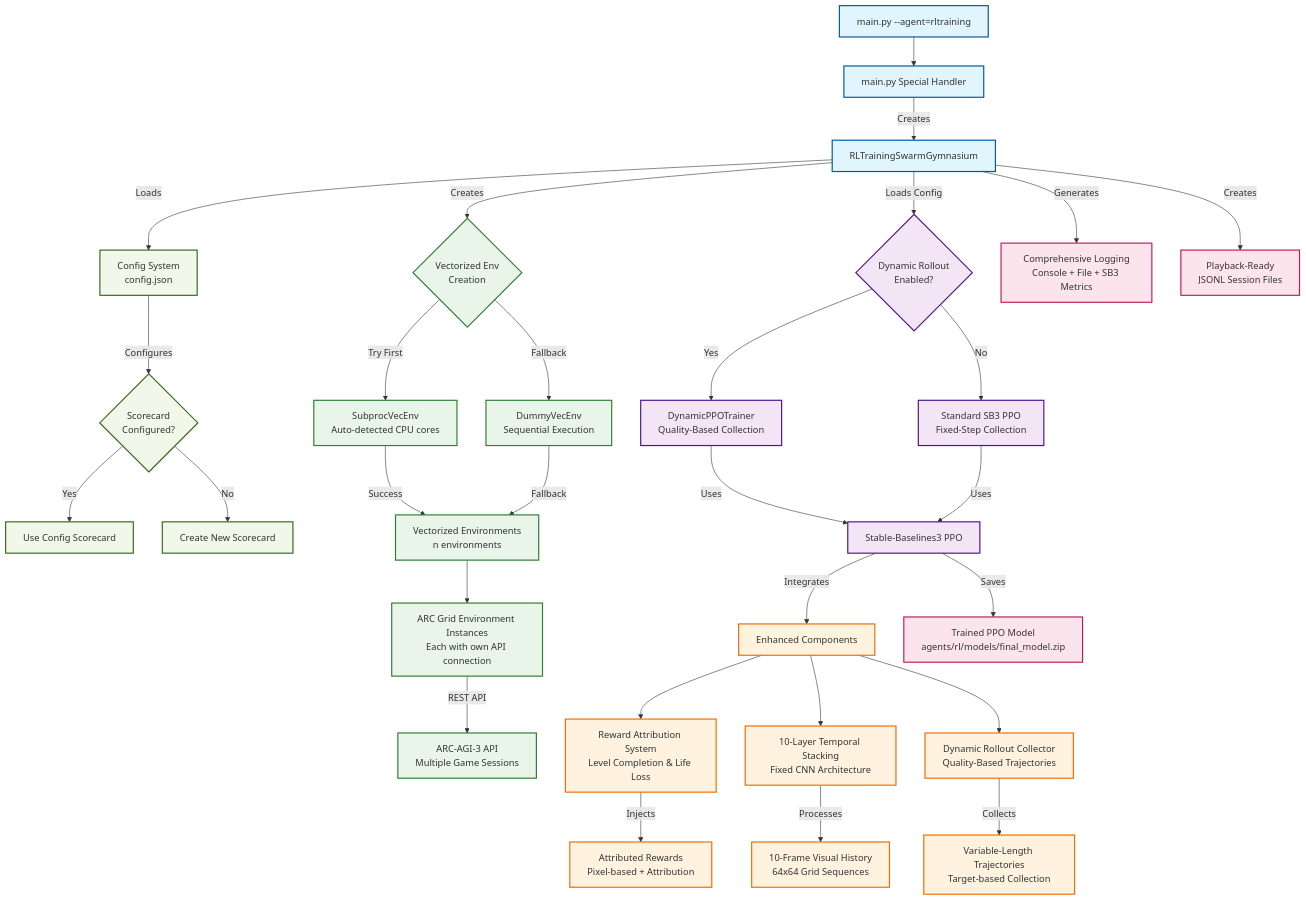
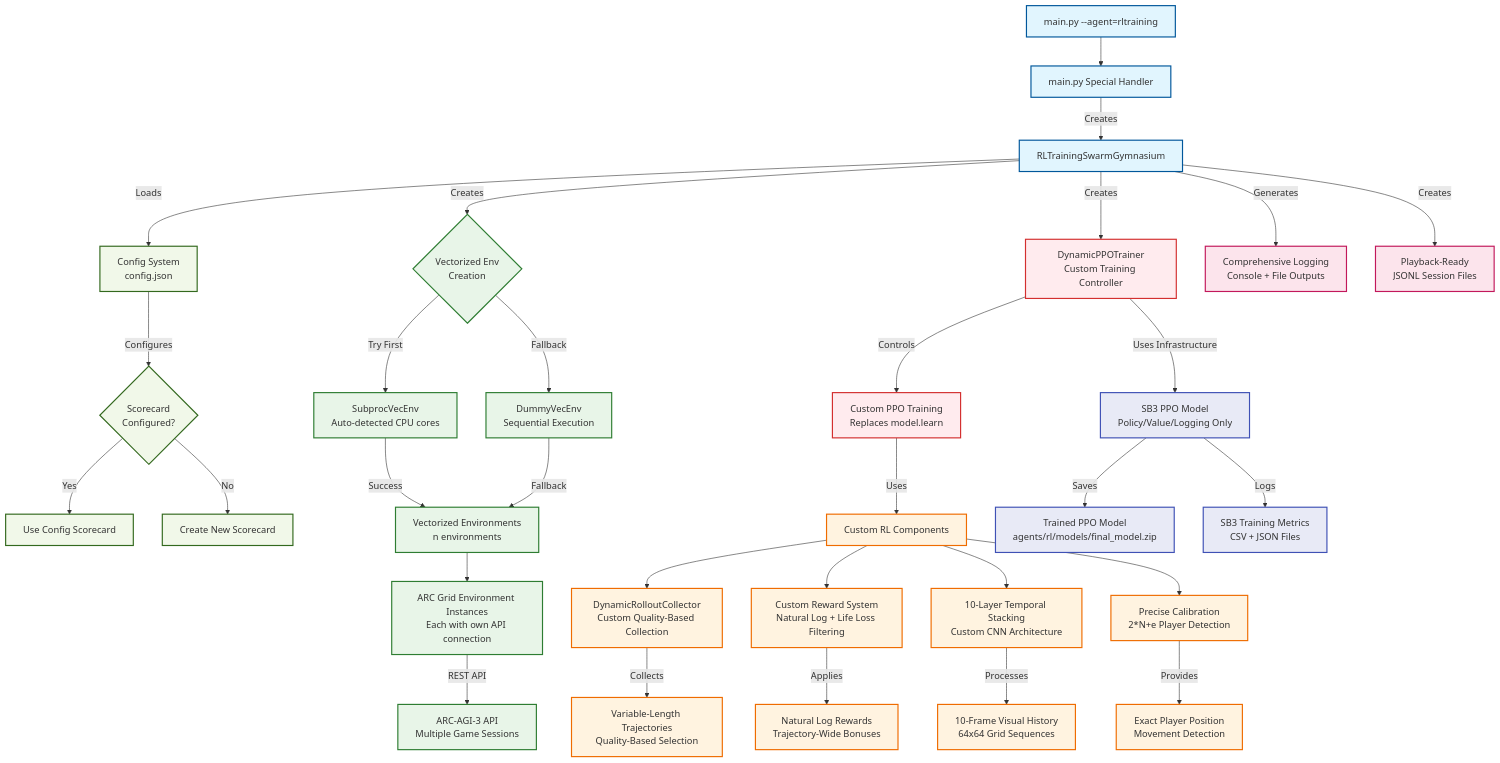
The first of 4 diagrams in README.md (s27183/acr-agi-3-agents), drawn with Mermaid before and after one commit. The commit also changed other lines of this file, not shown here.

Commit message:
Revise RL architecture diagrams and `README.md` to reflect minimal SB3 usage and custom training components.

````diff
--- a/README.md
+++ b/README.md
@@ -22,64 +22,69 @@
 ```mermaid
 graph TB
     %% Entry Point
     Main[main.py --agent=rltraining] --> MainPyLogic[main.py Special Handler]
     MainPyLogic --> |Creates| RLSwarm[RLTrainingSwarmGymnasium]
     
     %% Configuration System
     RLSwarm --> |Loads| Config[Config System<br/>config.json]
     Config --> |Configures| ScorecardChoice{Scorecard<br/>Configured?}
     ScorecardChoice --> |Yes| UseConfigCard[Use Config Scorecard]
     ScorecardChoice --> |No| CreateCard[Create New Scorecard]
     
     %% Environment Creation with Fallback
     RLSwarm --> |Creates| EnvChoice{Vectorized Env<br/>Creation}
     EnvChoice --> |Try First| SubprocEnv[SubprocVecEnv<br/>Auto-detected CPU cores]
     EnvChoice --> |Fallback| DummyEnv[DummyVecEnv<br/>Sequential Execution]
     
     SubprocEnv --> |Success| VecEnv[Vectorized Environments<br/>n environments]
     DummyEnv --> |Fallback| VecEnv
     
     %% Environment Layer
     VecEnv --> EnvInstances[ARC Grid Environment Instances<br/>Each with own API connection]
     EnvInstances --> |REST API| ARCAPI[ARC-AGI-3 API<br/>Multiple Game Sessions]
     
-    %% Training System Selection
-    RLSwarm --> |Loads Config| TrainingChoice{Dynamic Rollout<br/>Enabled?}
-    TrainingChoice --> |Yes| DynamicTrainer[DynamicPPOTrainer<br/>Quality-Based Collection]
-    TrainingChoice --> |No| StandardTrainer[Standard SB3 PPO<br/>Fixed-Step Collection]
+    %% Custom Training System (Always Dynamic)
+    RLSwarm --> |Creates| DynamicTrainer[DynamicPPOTrainer<br/>Custom Training Controller]
     
-    %% Training Components
-    DynamicTrainer --> |Uses| PPOModel[Stable-Baselines3 PPO]
-    StandardTrainer --> |Uses| PPOModel
-    PPOModel --> |Integrates| EnhancedComponents[Enhanced Components]
+    %% Training Components - SB3 as Minimal Infrastructure
+    DynamicTrainer --> |Uses Infrastructure| SB3Infrastructure[SB3 PPO Model<br/>Policy/Value/Logging Only]
+    DynamicTrainer --> |Controls| CustomTrainingLoop[Custom PPO Training<br/>Replaces model.learn]
     
-    %% Enhanced RL Components  
-    EnhancedComponents --> RewardAttrib[Reward Attribution System<br/>Level Completion & Life Loss]
-    EnhancedComponents --> TemporalStack[10-Layer Temporal Stacking<br/>Fixed CNN Architecture]
-    EnhancedComponents --> DynamicRollout[Dynamic Rollout Collector<br/>Quality-Based Trajectories]
+    %% Custom Training Components
+    CustomTrainingLoop --> |Uses| CustomComponents[Custom RL Components]
     
-    %% Training Process
-    DynamicRollout --> |Collects| Trajectories[Variable-Length Trajectories<br/>Target-based Collection]
-    RewardAttrib --> |Injects| AttributedRewards[Attributed Rewards<br/>Pixel-based + Attribution]
+    %% Custom RL Components  
+    CustomComponents --> DynamicRollout[DynamicRolloutCollector<br/>Custom Quality-Based Collection]
+    CustomComponents --> RewardSystem[Custom Reward System<br/>Natural Log + Life Loss Filtering]
+    CustomComponents --> TemporalStack[10-Layer Temporal Stacking<br/>Custom CNN Architecture]
+    CustomComponents --> Calibration[Precise Calibration<br/>2*N+e Player Detection]
+    
+    %% Training Process Flow
+    DynamicRollout --> |Collects| Trajectories[Variable-Length Trajectories<br/>Quality-Based Selection]
+    RewardSystem --> |Applies| LogScaledRewards[Natural Log Rewards<br/>Trajectory-Wide Bonuses]
     TemporalStack --> |Processes| VisualHistory[10-Frame Visual History<br/>64x64 Grid Sequences]
+    Calibration --> |Provides| PlayerTracking[Exact Player Position<br/>Movement Detection]
     
     %% Output and Logging
-    PPOModel --> |Saves| TrainedModel[Trained PPO Model<br/>agents/rl/models/final_model.zip]
-    RLSwarm --> |Generates| ComprehensiveLogs[Comprehensive Logging<br/>Console + File + SB3 Metrics]
+    SB3Infrastructure --> |Saves| TrainedModel[Trained PPO Model<br/>agents/rl/models/final_model.zip]
+    SB3Infrastructure --> |Logs| SB3Metrics[SB3 Training Metrics<br/>CSV + JSON Files]
+    RLSwarm --> |Generates| ComprehensiveLogs[Comprehensive Logging<br/>Console + File Outputs]
     RLSwarm --> |Creates| SessionFiles[Playback-Ready<br/>JSONL Session Files]
     
     %% Styling
     classDef swarmInfra fill:#e1f5fe,stroke:#01579b,stroke-width:2px
-    classDef rlCore fill:#f3e5f5,stroke:#4a148c,stroke-width:2px
+    classDef customTraining fill:#ffebee,stroke:#d32f2f,stroke-width:2px
+    classDef sb3Infra fill:#e8eaf6,stroke:#3f51b5,stroke-width:2px
     classDef envLayer fill:#e8f5e8,stroke:#2e7d32,stroke-width:2px
-    classDef enhancement fill:#fff3e0,stroke:#ef6c00,stroke-width:2px
+    classDef customComponents fill:#fff3e0,stroke:#ef6c00,stroke-width:2px
     classDef output fill:#fce4ec,stroke:#c2185b,stroke-width:2px
     classDef config fill:#f1f8e9,stroke:#33691e,stroke-width:2px
     
     class Main,MainPyLogic,RLSwarm swarmInfra
-    class TrainingChoice,DynamicTrainer,StandardTrainer,PPOModel rlCore
+    class DynamicTrainer,CustomTrainingLoop customTraining
+    class SB3Infrastructure,TrainedModel,SB3Metrics sb3Infra
     class EnvChoice,SubprocEnv,DummyEnv,VecEnv,EnvInstances,ARCAPI envLayer
-    class EnhancedComponents,DynamicRollout,RewardAttrib,TemporalStack,Trajectories,AttributedRewards,VisualHistory enhancement
-    class TrainedModel,ComprehensiveLogs,SessionFiles output
+    class CustomComponents,DynamicRollout,RewardSystem,TemporalStack,Calibration,Trajectories,LogScaledRewards,VisualHistory,PlayerTracking customComponents
+    class ComprehensiveLogs,SessionFiles output
     class Config,ScorecardChoice,UseConfigCard,CreateCard config
 ```
````
